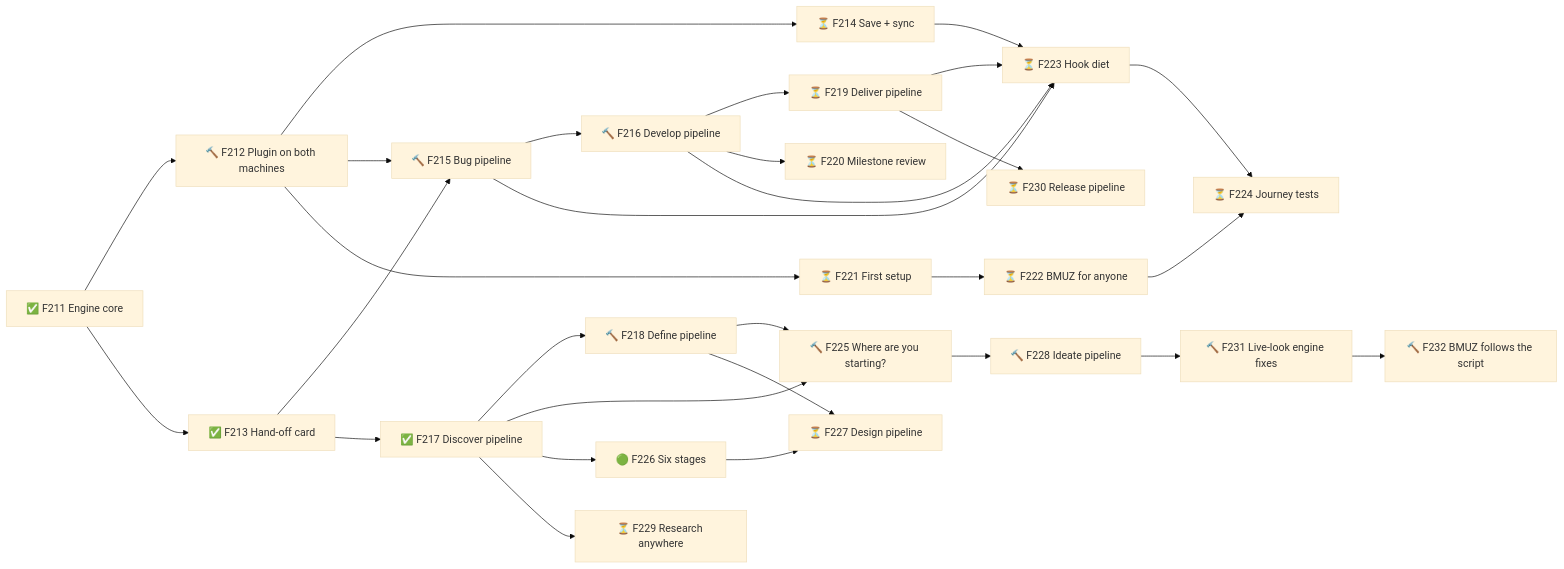
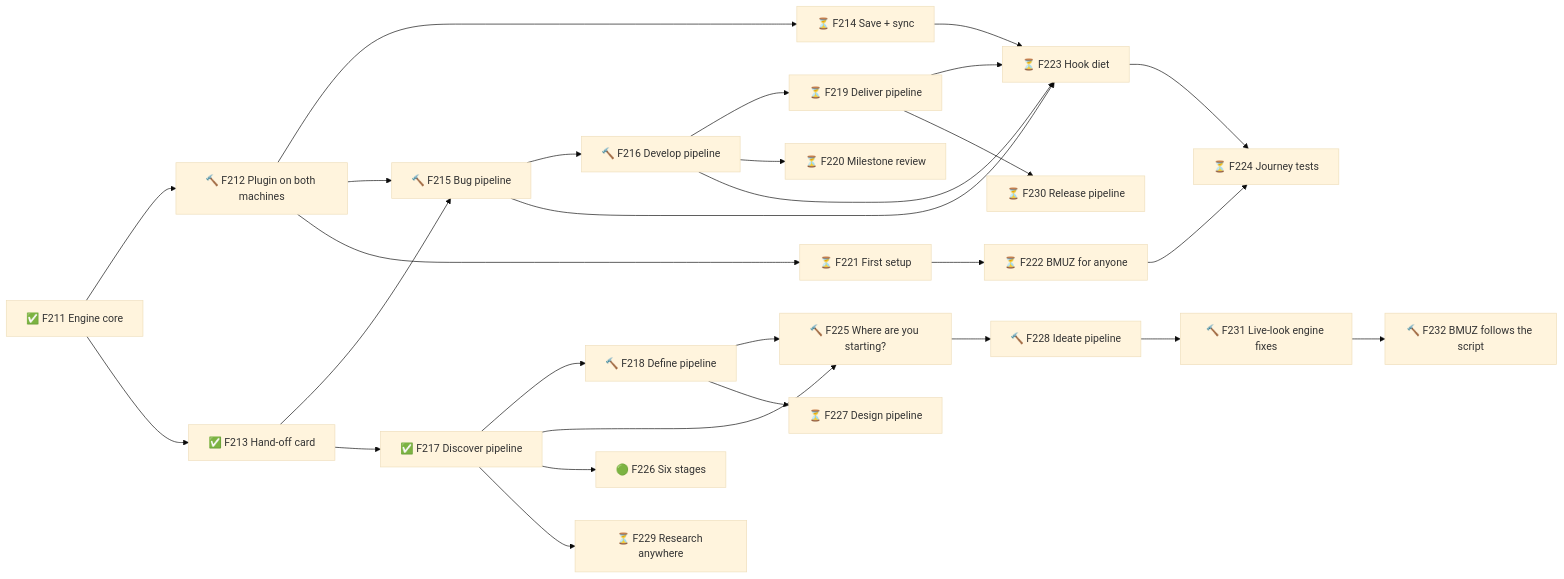
One commit to TheBlueMuzzy/framework changed diagram 41 of 41 in .planning/ROADMAP.md. Above: the diagram before and after it, drawn with Mermaid (base theme). The commit also changed other lines of this file, not shown here.

Commit message:
Roadmap: F227's daily-skill parts move into F226 (scope call 2026-11-11); F227 needs F218 only

````diff
--- a/.planning/ROADMAP.md
+++ b/.planning/ROADMAP.md
@@ -668,31 +668,30 @@
 ```mermaid
 flowchart LR
   F211[✅ F211 Engine core] --> F212[🔨 F212 Plugin on both machines]
   F211 --> F213[✅ F213 Hand-off card]
   F212 --> F214[⏳ F214 Save + sync]
   F212 --> F215[🔨 F215 Bug pipeline]
   F213 --> F215
   F215 --> F216[🔨 F216 Develop pipeline]
   F213 --> F217[✅ F217 Discover pipeline]
   F217 --> F218[🔨 F218 Define pipeline]
   F216 --> F219[⏳ F219 Deliver pipeline]
   F216 --> F220[⏳ F220 Milestone review]
   F212 --> F221[⏳ F221 First setup]
   F221 --> F222[⏳ F222 BMUZ for anyone]
   F214 --> F223[⏳ F223 Hook diet]
   F215 --> F223
   F216 --> F223
   F219 --> F223
   F223 --> F224[⏳ F224 Journey tests]
   F222 --> F224
   F217 --> F225[🔨 F225 Where are you starting?]
   F218 --> F225
   F217 --> F226[🟢 F226 Six stages]
   F225 --> F228[🔨 F228 Ideate pipeline]
   F217 --> F229[⏳ F229 Research anywhere]
   F219 --> F230[⏳ F230 Release pipeline]
   F228 --> F231[🔨 F231 Live-look engine fixes]
   F231 --> F232[🔨 F232 BMUZ follows the script]
   F218 --> F227[⏳ F227 Design pipeline]
-  F226 --> F227
 ```
````
